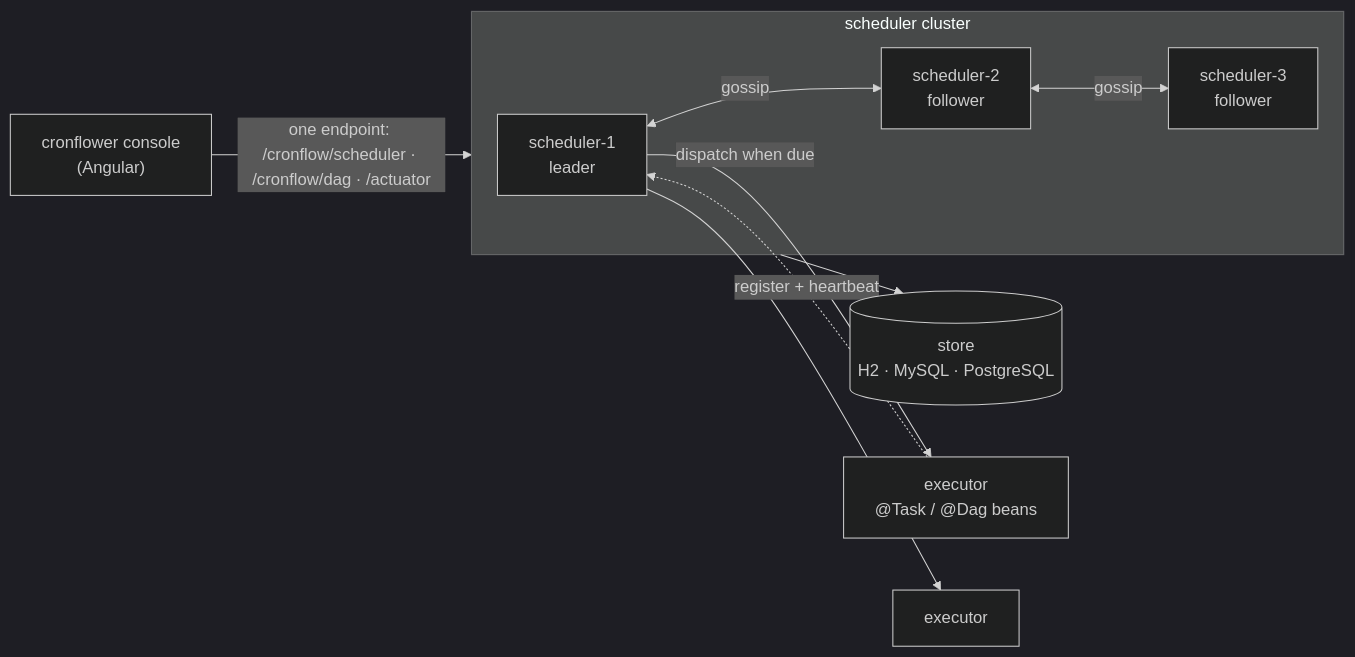
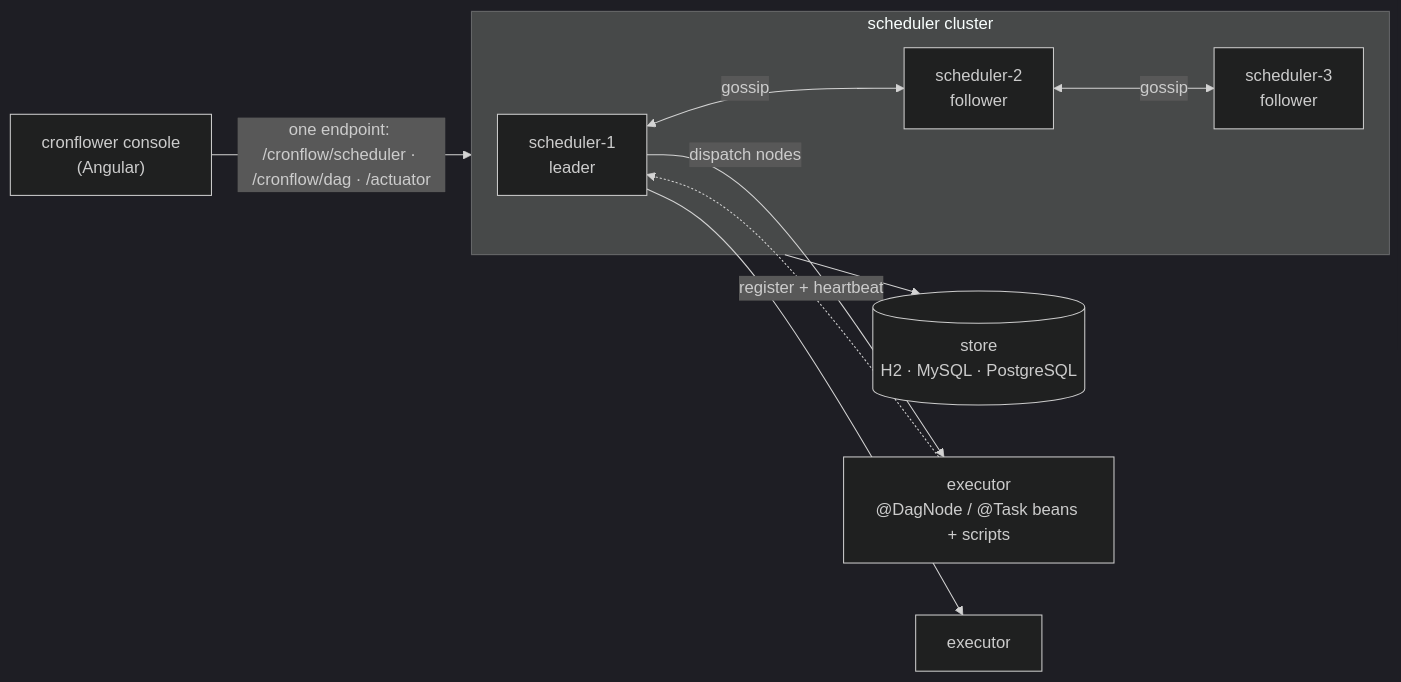
One commit to paganini2008/cronflower changed the diagram in README.md. Above: the diagram before and after it, drawn with Mermaid (dark theme). The commit also changed other lines of this file and 181 other files, not shown here.

````diff
--- a/README.md
+++ b/README.md
@@ -52,12 +50,12 @@
 ```mermaid
 flowchart LR
   Console["cronflower console<br/>(Angular)"] -->|"one endpoint: /cronflow/scheduler · /cronflow/dag · /actuator"| Cluster
   subgraph Cluster["scheduler cluster"]
     L["scheduler-1<br/>leader"] <-->|gossip| F1["scheduler-2<br/>follower"]
     F1 <-->|gossip| F2["scheduler-3<br/>follower"]
   end
   Cluster --> Store[("store<br/>H2 · MySQL · PostgreSQL")]
-  L -->|"dispatch when due"| E1["executor<br/>@Task / @Dag beans"]
+  L -->|"dispatch nodes"| E1["executor<br/>@DagNode / @Task beans + scripts"]
   L --> E2["executor"]
   E1 -.->|register + heartbeat| L
 ```
````
